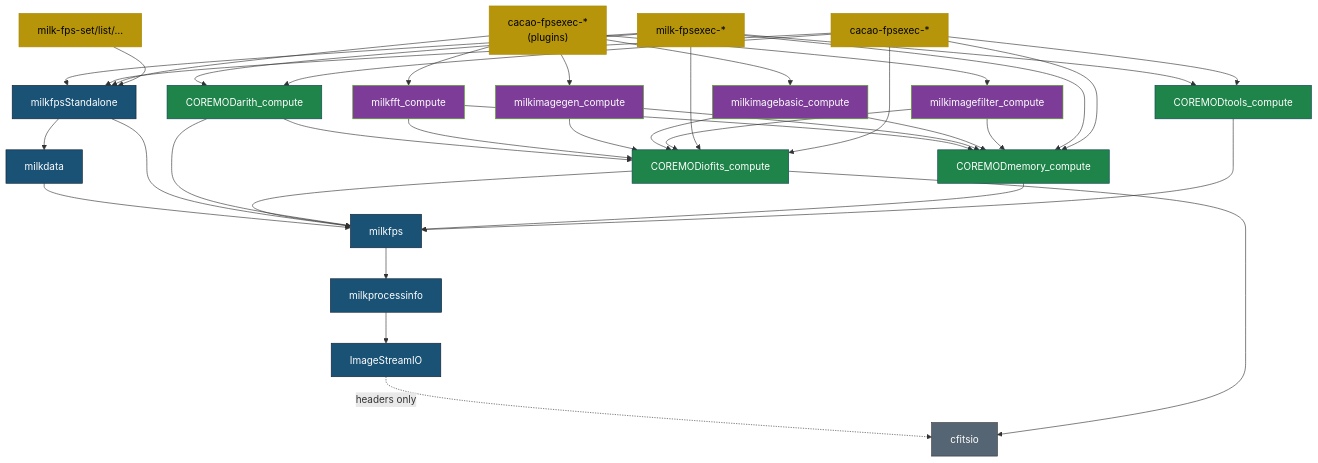
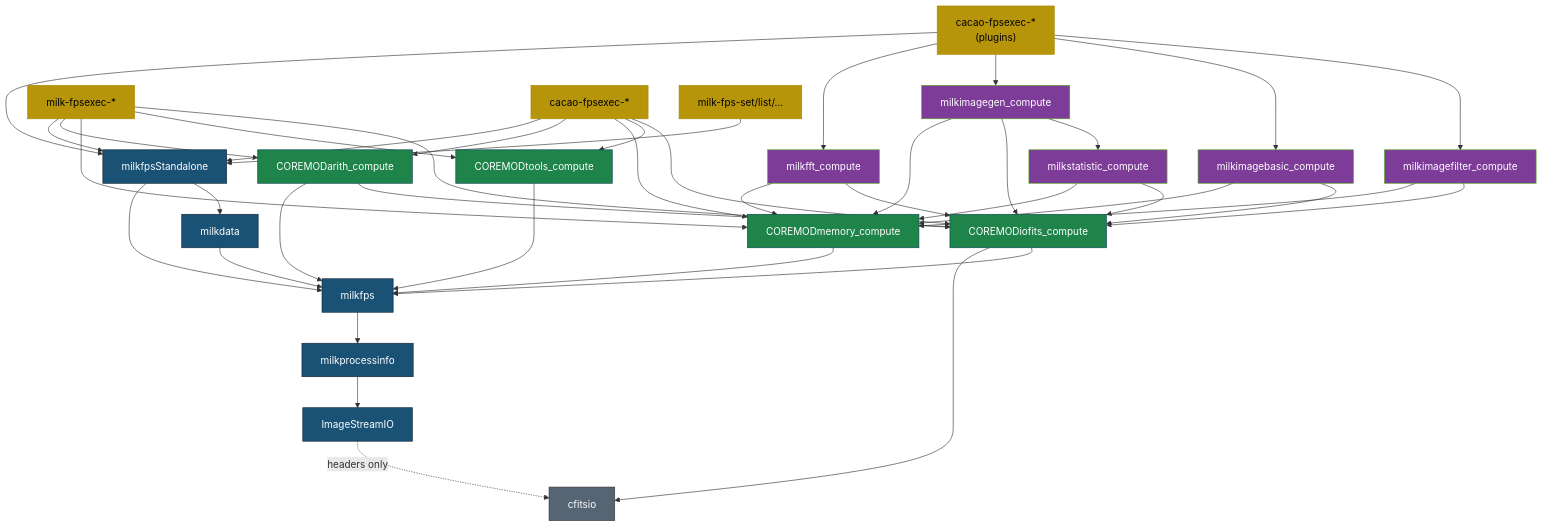
The third of 3 diagrams in docs/dependency_graph.md (milk-org/milk), drawn with Mermaid before and after one commit. The commit also changed other lines of this file and 5 other files, not shown here.

````diff
--- a/docs/dependency_graph.md
+++ b/docs/dependency_graph.md
@@ -192,70 +192,74 @@
 ```mermaid
 graph TD
     CFITSIO["cfitsio"]:::ext
     ISIO["ImageStreamIO"]:::core
     PROCINFO["milkprocessinfo"]:::core
     FPS["milkfps"]:::core
     MILKDATA["milkdata"]:::core
     FPSSA["milkfpsStandalone"]:::core
 
     ARITH_C["COREMODarith_compute"]:::compute
     IOFITS_C["COREMODiofits_compute"]:::compute
     MEMORY_C["COREMODmemory_compute"]:::compute
     TOOLS_C["COREMODtools_compute"]:::compute
 
     FFT_C["milkfft_compute"]:::plugcomp
     IMGGEN_C["milkimagegen_compute"]:::plugcomp
     IMGBASIC_C["milkimagebasic_compute"]:::plugcomp
     IMGFILT_C["milkimagefilter_compute"]:::plugcomp
+    STAT_C["milkstatistic_compute"]:::plugcomp
 
     MILKEXE["milk-fpsexec-*"]:::exe
     CACAOEXE["cacao-fpsexec-*"]:::exe
     CACAOEXE_P["cacao-fpsexec-*\n(plugins)"]:::exe
     FPSTOOLS["milk-fps-set/list/…"]:::exe
 
     ISIO -.->|headers only| CFITSIO
     PROCINFO --> ISIO
     FPS --> PROCINFO
     MILKDATA --> FPS
     FPSSA --> FPS
     FPSSA --> MILKDATA
 
     IOFITS_C --> CFITSIO
     IOFITS_C --> FPS
     ARITH_C --> FPS
     ARITH_C --> IOFITS_C
     MEMORY_C --> FPS
     TOOLS_C --> FPS
 
     FFT_C --> MEMORY_C
     FFT_C --> IOFITS_C
     IMGGEN_C --> MEMORY_C
     IMGGEN_C --> IOFITS_C
     IMGBASIC_C --> MEMORY_C
     IMGBASIC_C --> IOFITS_C
     IMGFILT_C --> MEMORY_C
     IMGFILT_C --> IOFITS_C
+    STAT_C --> MEMORY_C
+    STAT_C --> IOFITS_C
+    IMGGEN_C --> STAT_C
 
     MILKEXE --> FPSSA
     MILKEXE --> ARITH_C
     MILKEXE --> MEMORY_C
     MILKEXE --> TOOLS_C
     MILKEXE --> IOFITS_C
     CACAOEXE --> FPSSA
     CACAOEXE --> ARITH_C
     CACAOEXE --> MEMORY_C
     CACAOEXE --> TOOLS_C
     CACAOEXE --> IOFITS_C
     CACAOEXE_P --> FPSSA
     CACAOEXE_P --> FFT_C
     CACAOEXE_P --> IMGGEN_C
     CACAOEXE_P --> IMGBASIC_C
     CACAOEXE_P --> IMGFILT_C
     FPSTOOLS --> FPSSA
 
     classDef ext fill:#566573,stroke:#333,color:#fff
     classDef core fill:#1a5276,stroke:#123,color:#fff
     classDef compute fill:#1e8449,stroke:#145,color:#fff
     classDef plugcomp fill:#7d3c98,stroke:#5a2,color:#fff
     classDef exe fill:#b7950b,stroke:#a80,color:#000
 ```
````
